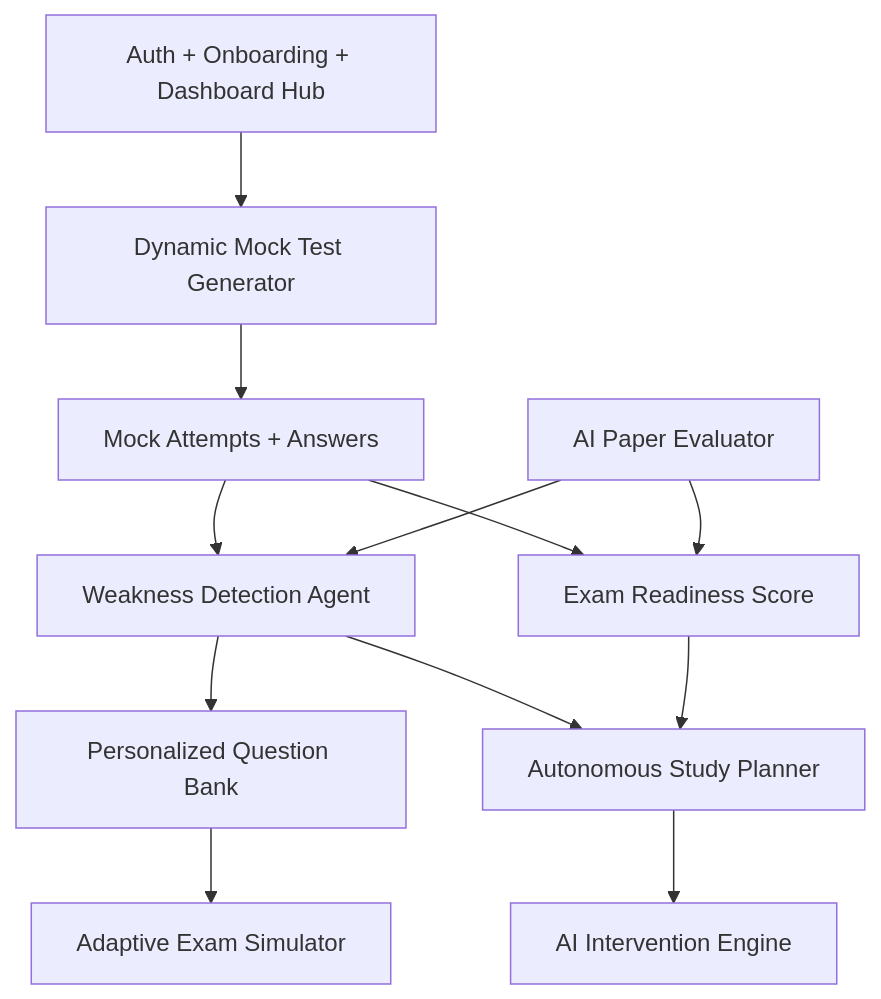
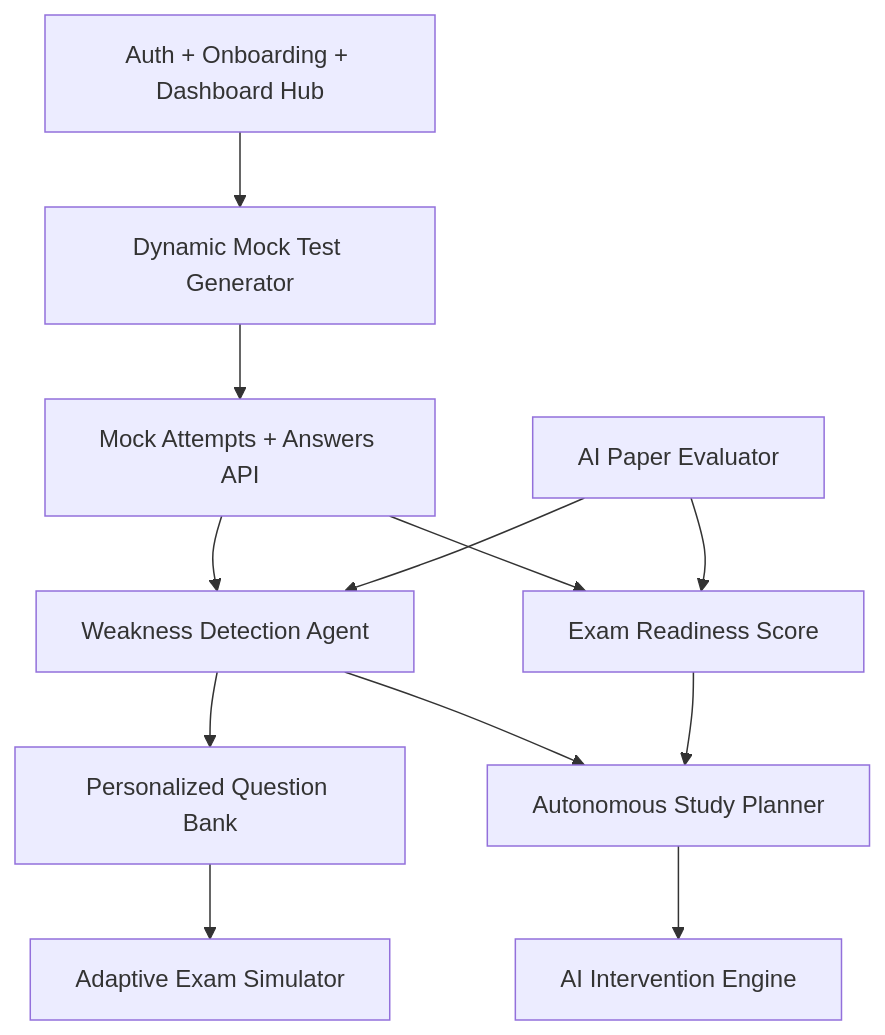
Before and after one commit to randomboy24/sutra-ai: the fifth of 5 diagrams in README.md, drawn with Mermaid. The commit also changed other lines of this file and 1 other file, not shown here.

````diff
--- a/README.md
+++ b/README.md
@@ -416,14 +602,14 @@
 ```mermaid
 flowchart TB
   Foundation[Auth + Onboarding + Dashboard Hub] --> Mock[Dynamic Mock Test Generator]
-  Mock --> Attempts[Mock Attempts + Answers]
+  Mock --> Attempts[Mock Attempts + Answers API]
   Attempts --> Weakness[Weakness Detection Agent]
   Attempts --> Readiness[Exam Readiness Score]
   Weakness --> QuestionBank[Personalized Question Bank]
   Weakness --> Planner[Autonomous Study Planner]
   Readiness --> Planner
   Planner --> Intervention[AI Intervention Engine]
   QuestionBank --> Adaptive[Adaptive Exam Simulator]
   Paper[AI Paper Evaluator] --> Weakness
   Paper --> Readiness
 ```
````
